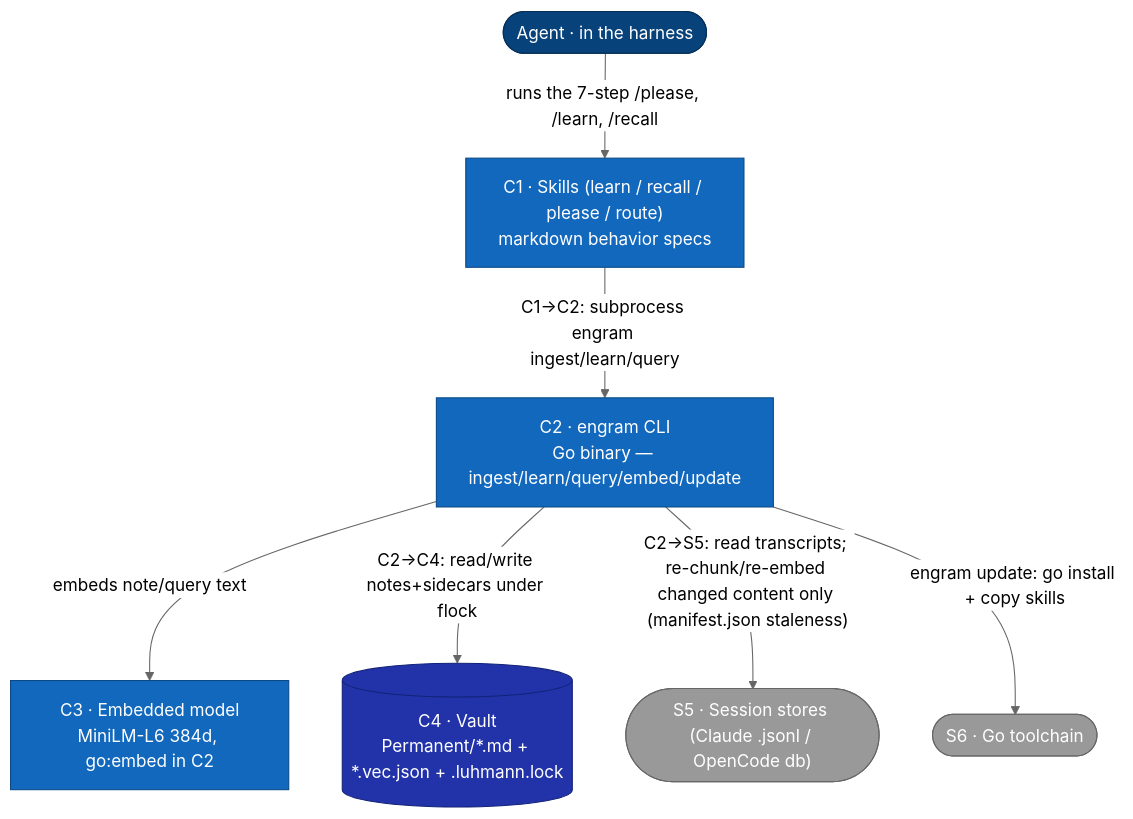
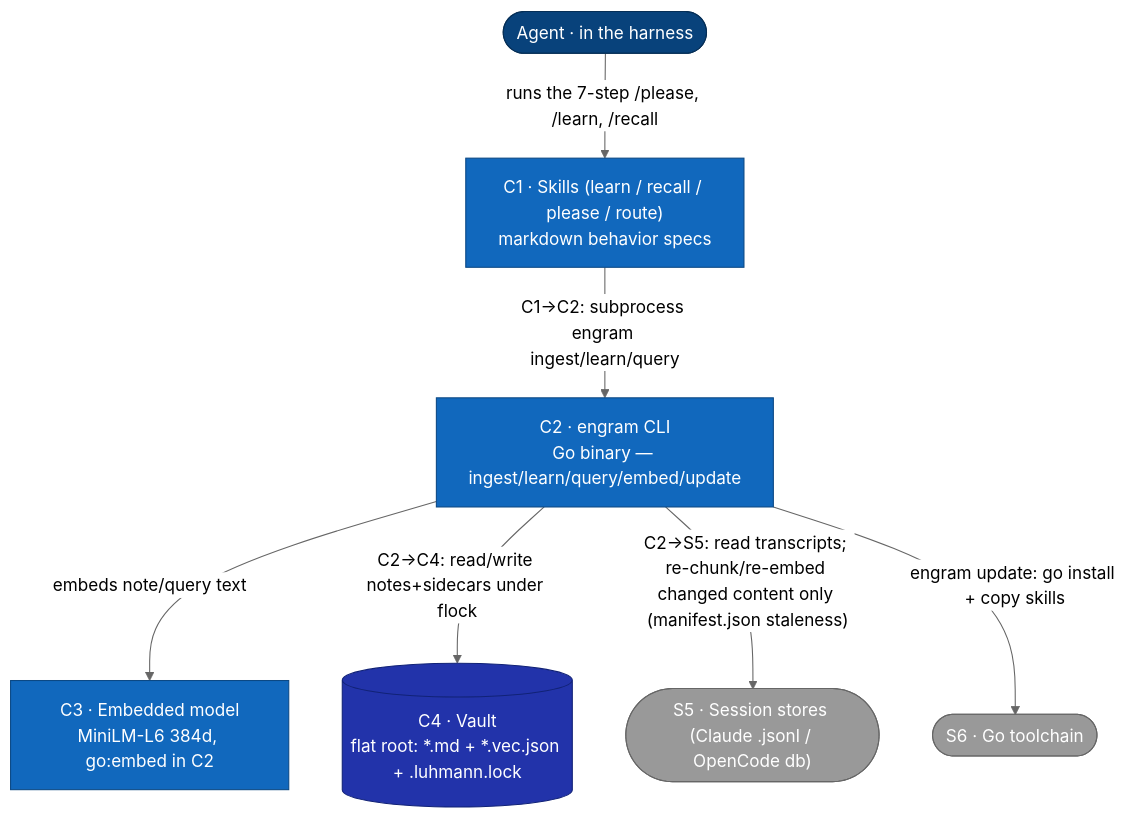
The first of 5 diagrams in docs/architecture/c2-containers.md (toejough/engram), drawn with Mermaid (neutral theme) before and after one commit. The commit also changed other lines of this file and 1 other file, not shown here.

Commit message:
docs: retire Permanent/MOCs flat-layout vestiges in glossary + c2
GLOSSARY.md defined Permanent/ and MOCs/ as current folders and
c2-containers.md (C4 node + table) showed Permanent/*.md, both
contradicting c1-system-context.md:48 (flat layout, tiers retired
2026-06-12). Reword to flat-root reality; surfaced by #650's Gate A/C
doc-alignment reviews.

AI-Used: [claude]

````diff
--- a/docs/architecture/c2-containers.md
+++ b/docs/architecture/c2-containers.md
@@ -9,27 +9,27 @@
 ```mermaid
 flowchart TB
     classDef person    fill:#08427b,stroke:#052e56,color:#fff
     classDef external  fill:#999,   stroke:#666,   color:#fff
     classDef container fill:#1168bd,stroke:#0b4884,color:#fff
     classDef store     fill:#23a,   stroke:#127,   color:#fff
 
     agent([Agent · in the harness])
     skills["C1 · Skills (learn / recall / please / route)<br/>markdown behavior specs"]
     cli["C2 · engram CLI<br/>Go binary — ingest/learn/query/embed/update"]
     model["C3 · Embedded model<br/>MiniLM-L6 384d, go:embed in C2"]
-    vault[("C4 · Vault<br/>Permanent/*.md + *.vec.json + .luhmann.lock")]
+    vault[("C4 · Vault<br/>flat root: *.md + *.vec.json + .luhmann.lock")]
     sessions(["S5 · Session stores (Claude .jsonl / OpenCode db)"])
     gotool(["S6 · Go toolchain"])
 
     agent -->|"runs the 7-step /please, /learn, /recall"| skills
     skills -->|"C1→C2: subprocess engram ingest/learn/query"| cli
     cli -->|"embeds note/query text"| model
     cli -->|"C2→C4: read/write notes+sidecars under flock"| vault
     cli -->|"C2→S5: read transcripts; re-chunk/re-embed changed content only (manifest.json staleness)"| sessions
     cli -->|"engram update: go install + copy skills"| gotool
 
     class agent person
     class skills,cli,model container
     class vault store
     class sessions,gotool external
 ```
````
